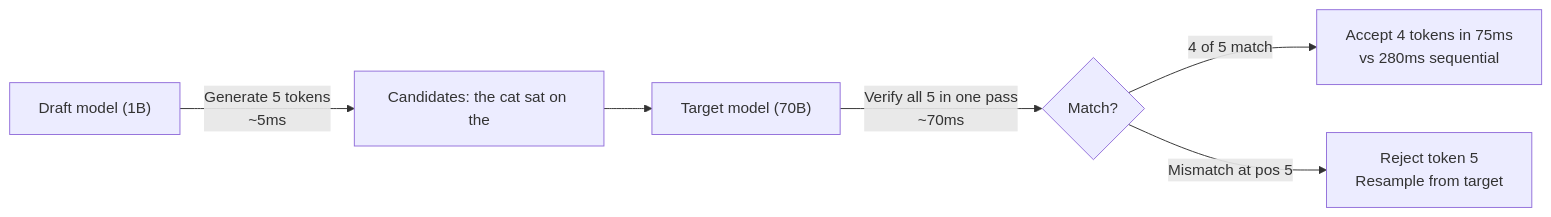
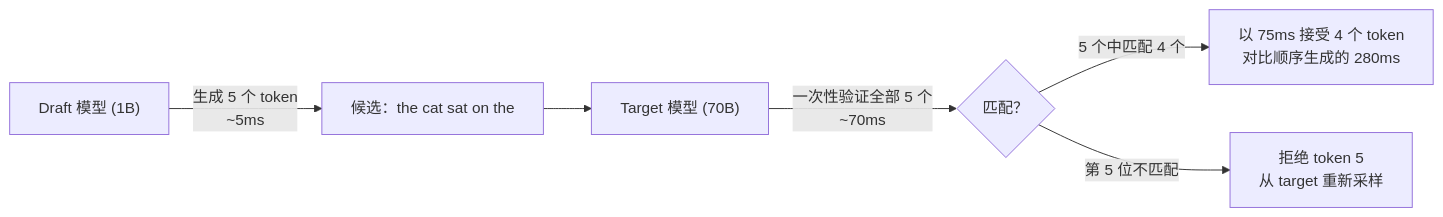
The fifth of 5 diagrams in phases/10-llms-from-scratch/12-inference-optimization/docs/zh.md (JerryC8080/ai-engineering-from-scratch-zh), drawn with Mermaid before and after one commit. The commit also changed other lines of this file and 156 other files, not shown here.

First line of the commit message:
i18n(zh): translate mermaid diagram labels in 157 lesson zh.md

````diff
--- a/phases/10-llms-from-scratch/12-inference-optimization/docs/zh.md
+++ b/phases/10-llms-from-scratch/12-inference-optimization/docs/zh.md
@@ -165,8 +165,8 @@
 ```mermaid
 graph LR
-    D["Draft model (1B)"] -->|"Generate 5 tokens<br/>~5ms"| C["Candidates: the cat sat on the"]
-    C --> T["Target model (70B)"]
-    T -->|"Verify all 5 in one pass<br/>~70ms"| V{"Match?"}
-    V -->|"4 of 5 match"| A["Accept 4 tokens in 75ms<br/>vs 280ms sequential"]
-    V -->|"Mismatch at pos 5"| R["Reject token 5<br/>Resample from target"]
+    D["Draft 模型 (1B)"] -->|"生成 5 个 token<br/>~5ms"| C["候选：the cat sat on the"]
+    C --> T["Target 模型 (70B)"]
+    T -->|"一次性验证全部 5 个<br/>~70ms"| V{"匹配？"}
+    V -->|"5 个中匹配 4 个"| A["以 75ms 接受 4 个 token<br/>对比顺序生成的 280ms"]
+    V -->|"第 5 位不匹配"| R["拒绝 token 5<br/>从 target 重新采样"]
 ```
````
